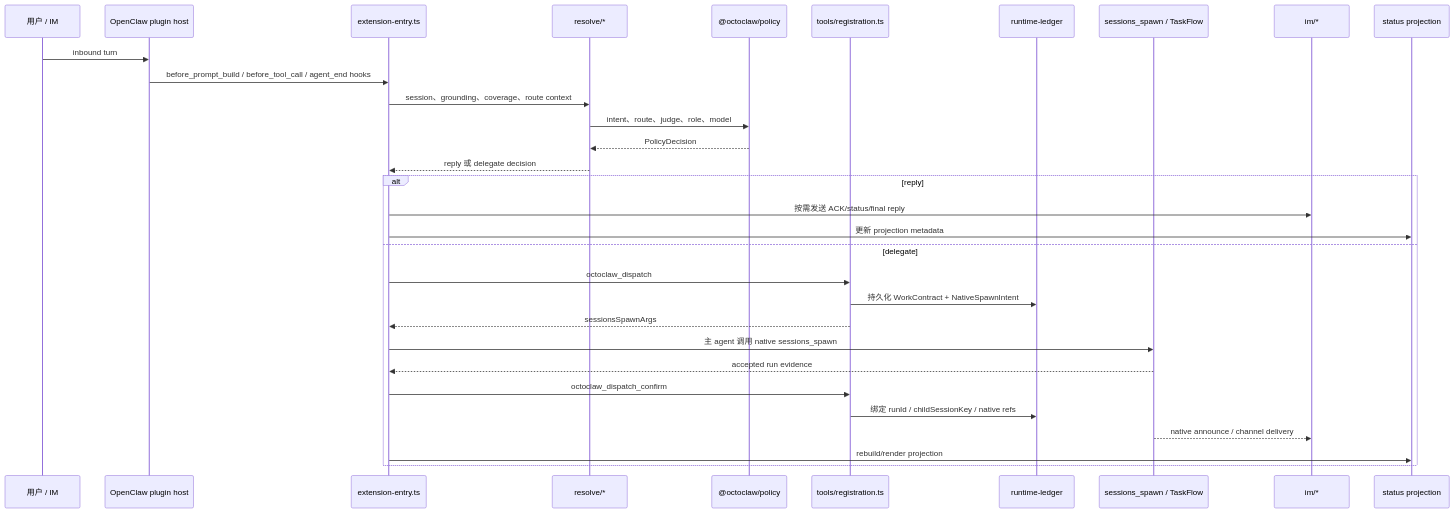
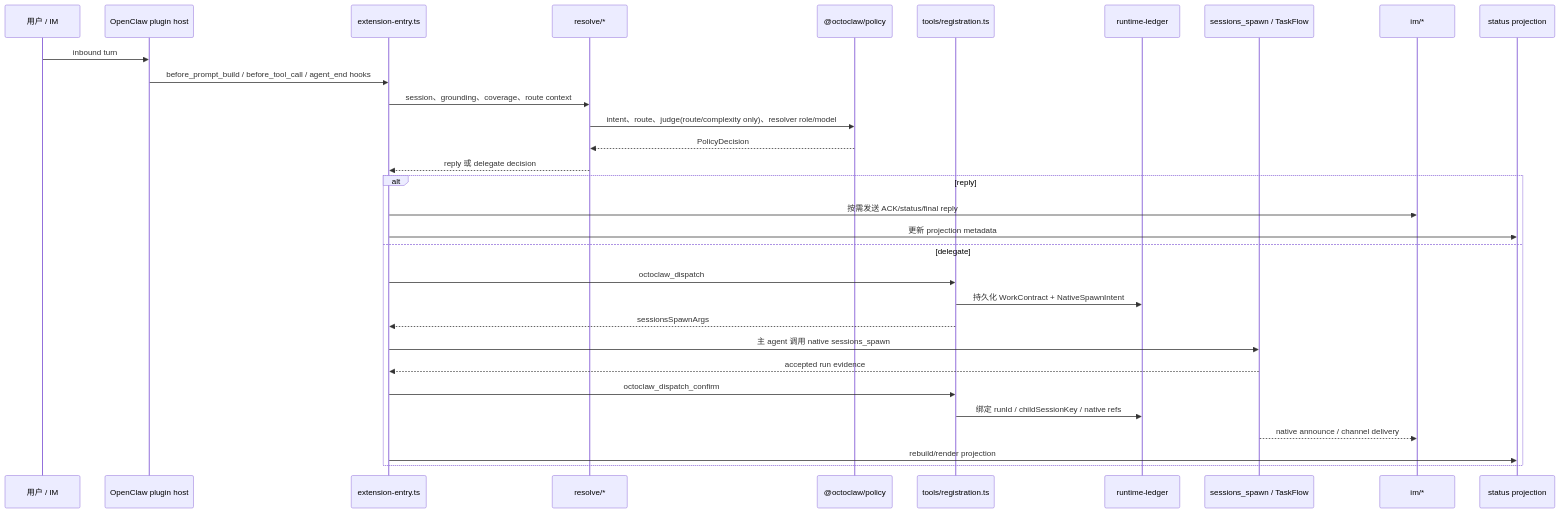
The third of 5 diagrams in docs/octoclaw-architecture-map-2026-05-09.md (guanbear/OctoClaw), drawn with Mermaid before and after one commit. The commit also changed other lines of this file and 9 other files, not shown here.

````diff
--- a/docs/octoclaw-architecture-map-2026-05-09.md
+++ b/docs/octoclaw-architecture-map-2026-05-09.md
@@ -152,35 +152,35 @@
 ```mermaid
 sequenceDiagram
   participant User as 用户 / IM
   participant Host as OpenClaw plugin host
   participant Entry as extension-entry.ts
   participant Resolve as resolve/*
   participant Policy as @octoclaw/policy
   participant Tools as tools/registration.ts
   participant Ledger as runtime-ledger
   participant Native as sessions_spawn / TaskFlow
   participant IM as im/*
   participant Status as status projection
 
   User->>Host: inbound turn
   Host->>Entry: before_prompt_build / before_tool_call / agent_end hooks
   Entry->>Resolve: session、grounding、coverage、route context
-  Resolve->>Policy: intent、route、judge、role、model
+  Resolve->>Policy: intent、route、judge(route/complexity only)、resolver role/model
   Policy-->>Resolve: PolicyDecision
   Resolve-->>Entry: reply 或 delegate decision
 
   alt reply
     Entry->>IM: 按需发送 ACK/status/final reply
     Entry->>Status: 更新 projection metadata
   else delegate
     Entry->>Tools: octoclaw_dispatch
     Tools->>Ledger: 持久化 WorkContract + NativeSpawnIntent
     Tools-->>Entry: sessionsSpawnArgs
     Entry->>Native: 主 agent 调用 native sessions_spawn
     Native-->>Entry: accepted run evidence
     Entry->>Tools: octoclaw_dispatch_confirm
     Tools->>Ledger: 绑定 runId / childSessionKey / native refs
     Native-->>IM: native announce / channel delivery
     Entry->>Status: rebuild/render projection
   end
 ```
````
